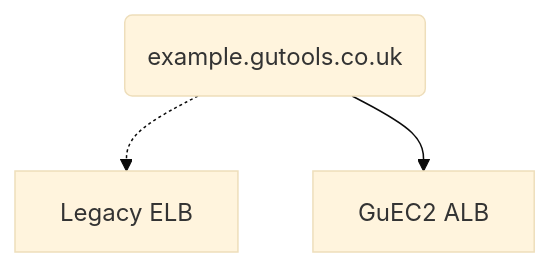
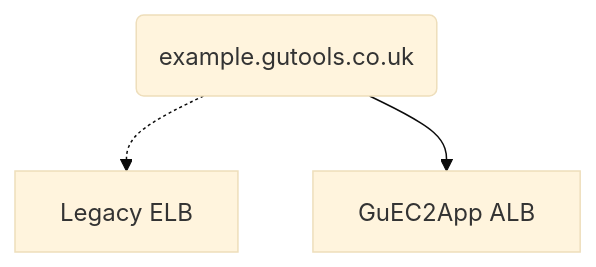
The second of 4 diagrams in docs/migration-guide-ec2.md (guardian/cdk), drawn with Mermaid (base theme) before and after one commit. The commit also changed other lines of this file, not shown here.

````diff
--- a/docs/migration-guide-ec2.md
+++ b/docs/migration-guide-ec2.md
@@ -32,6 +32,6 @@
 ```mermaid
 graph TD
     A(example.gutools.co.uk)
     A .-> B[Legacy ELB]
-    A --> C[GuEC2 ALB]
+    A --> C[GuEC2App ALB]
 ```
````
